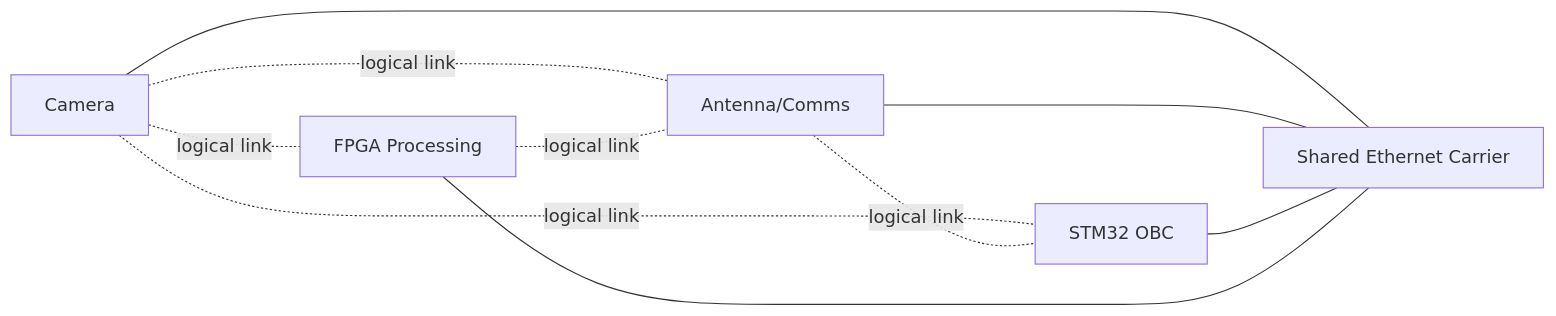
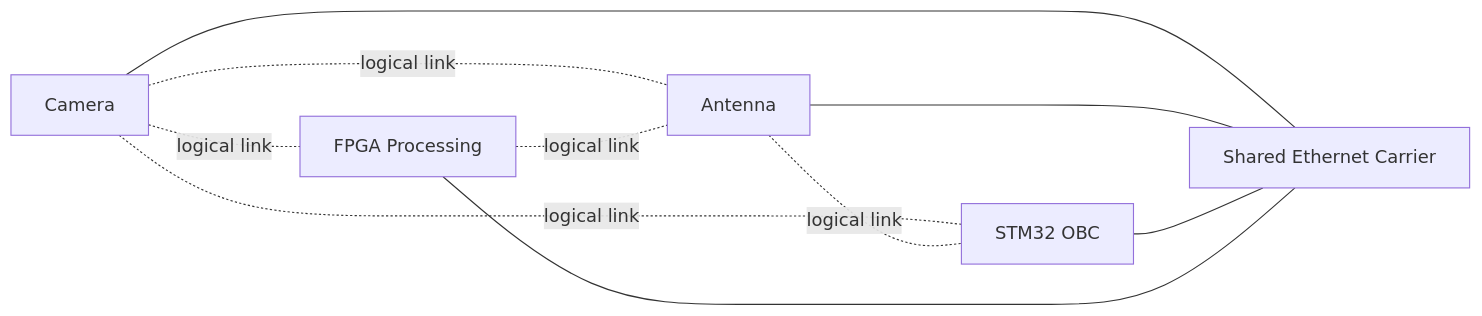
One commit to ExoSpaceLabs/exn changed the seventh of 12 diagrams in docs/diagrams.md. Above: the diagram before and after it, drawn with Mermaid. The commit also changed other lines of this file and 49 other files, not shown here.

````diff
--- a/docs/diagrams.md
+++ b/docs/diagrams.md
@@ -130,19 +163,19 @@
 ```mermaid
 graph LR
   ETH[Shared Ethernet Carrier]
   CAM[Camera]
-  ANT[Antenna/Comms]
+  ANT[Antenna]
   MCU[STM32 OBC]
   FPGA[FPGA Processing]
 
   CAM --- ETH
   ANT --- ETH
   MCU --- ETH
   FPGA --- ETH
 
   CAM -. logical link .- MCU
   ANT -. logical link .- MCU
   CAM -. logical link .- FPGA
   CAM -. logical link .- ANT
   FPGA -. logical link .- ANT
 ```
````
